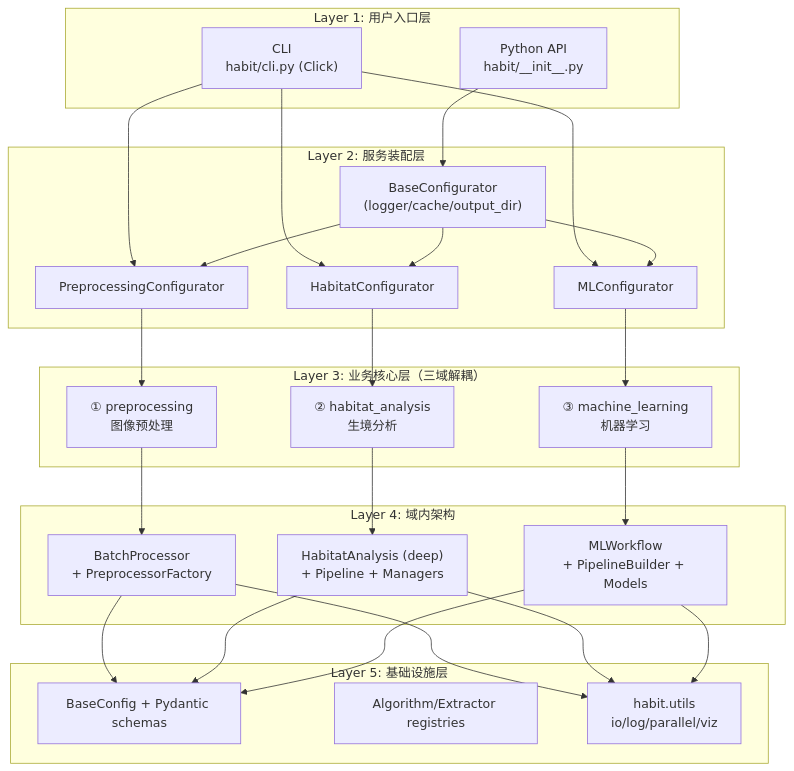
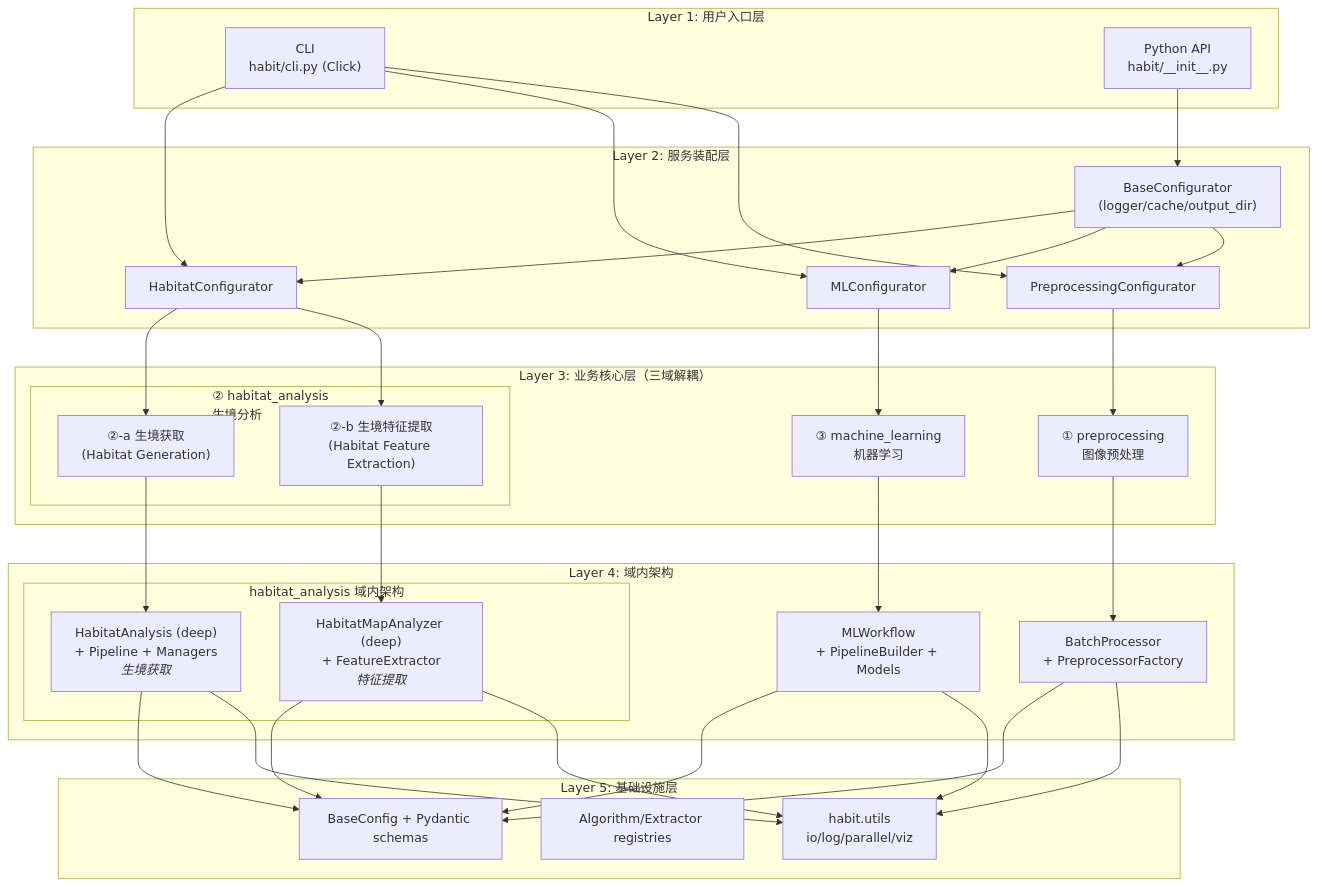
The first of 5 diagrams in docs/source/development/architecture.md (lichao312214129/HABIT), drawn with Mermaid before and after one commit. The commit also changed other lines of this file and 1 other file, not shown here.

````diff
--- a/docs/source/development/architecture.md
+++ b/docs/source/development/architecture.md
@@ -32,52 +34,62 @@
 ```mermaid
 graph TB
     subgraph L1["Layer 1: 用户入口层"]
         CLI["CLI<br/>habit/cli.py (Click)"]
         API["Python API<br/>habit/__init__.py"]
     end
 
     subgraph L2["Layer 2: 服务装配层"]
         BaseCfg["BaseConfigurator<br/>(logger/cache/output_dir)"]
         HabitatCfg["HabitatConfigurator"]
         MLCfg["MLConfigurator"]
         PreCfg["PreprocessingConfigurator"]
     end
 
     subgraph L3["Layer 3: 业务核心层（三域解耦）"]
         Pre["① preprocessing<br/>图像预处理"]
-        Habitat["② habitat_analysis<br/>生境分析"]
+        subgraph Habitat["② habitat_analysis<br/>生境分析"]
+            HabitatGen["②-a 生境获取<br/>(Habitat Generation)"]
+            HabitatFeat["②-b 生境特征提取<br/>(Habitat Feature Extraction)"]
+        end
         ML["③ machine_learning<br/>机器学习"]
     end
 
     subgraph L4["Layer 4: 域内架构"]
         PreArch["BatchProcessor<br/>+ PreprocessorFactory"]
-        HabitatArch["HabitatAnalysis (deep)<br/>+ Pipeline + Managers"]
+        subgraph HabitatArch["habitat_analysis 域内架构"]
+            GenArch["HabitatAnalysis (deep)<br/>+ Pipeline + Managers<br/><i>生境获取</i>"]
+            FeatArch["HabitatMapAnalyzer (deep)<br/>+ FeatureExtractor<br/><i>特征提取</i>"]
+        end
         MLArch["MLWorkflow<br/>+ PipelineBuilder + Models"]
     end
 
     subgraph L5["Layer 5: 基础设施层"]
         Configs["BaseConfig + Pydantic schemas"]
         Registries["Algorithm/Extractor registries"]
         Utils["habit.utils<br/>io/log/parallel/viz"]
     end
 
     CLI --> HabitatCfg
     CLI --> MLCfg
     CLI --> PreCfg
     API --> BaseCfg
     BaseCfg --> HabitatCfg
     BaseCfg --> MLCfg
     BaseCfg --> PreCfg
     PreCfg --> Pre
-    HabitatCfg --> Habitat
+    HabitatCfg --> HabitatGen
+    HabitatCfg --> HabitatFeat
     MLCfg --> ML
     Pre --> PreArch
-    Habitat --> HabitatArch
+    HabitatGen --> GenArch
+    HabitatFeat --> FeatArch
     ML --> MLArch
     PreArch --> Configs
-    HabitatArch --> Configs
+    GenArch --> Configs
+    FeatArch --> Configs
     MLArch --> Configs
     PreArch --> Utils
-    HabitatArch --> Utils
+    GenArch --> Utils
+    FeatArch --> Utils
     MLArch --> Utils
 ```
````
